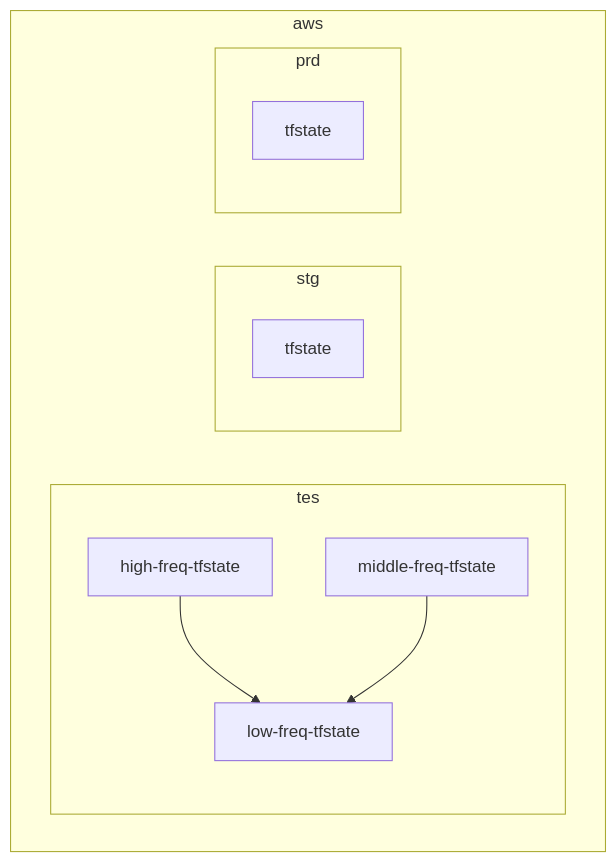
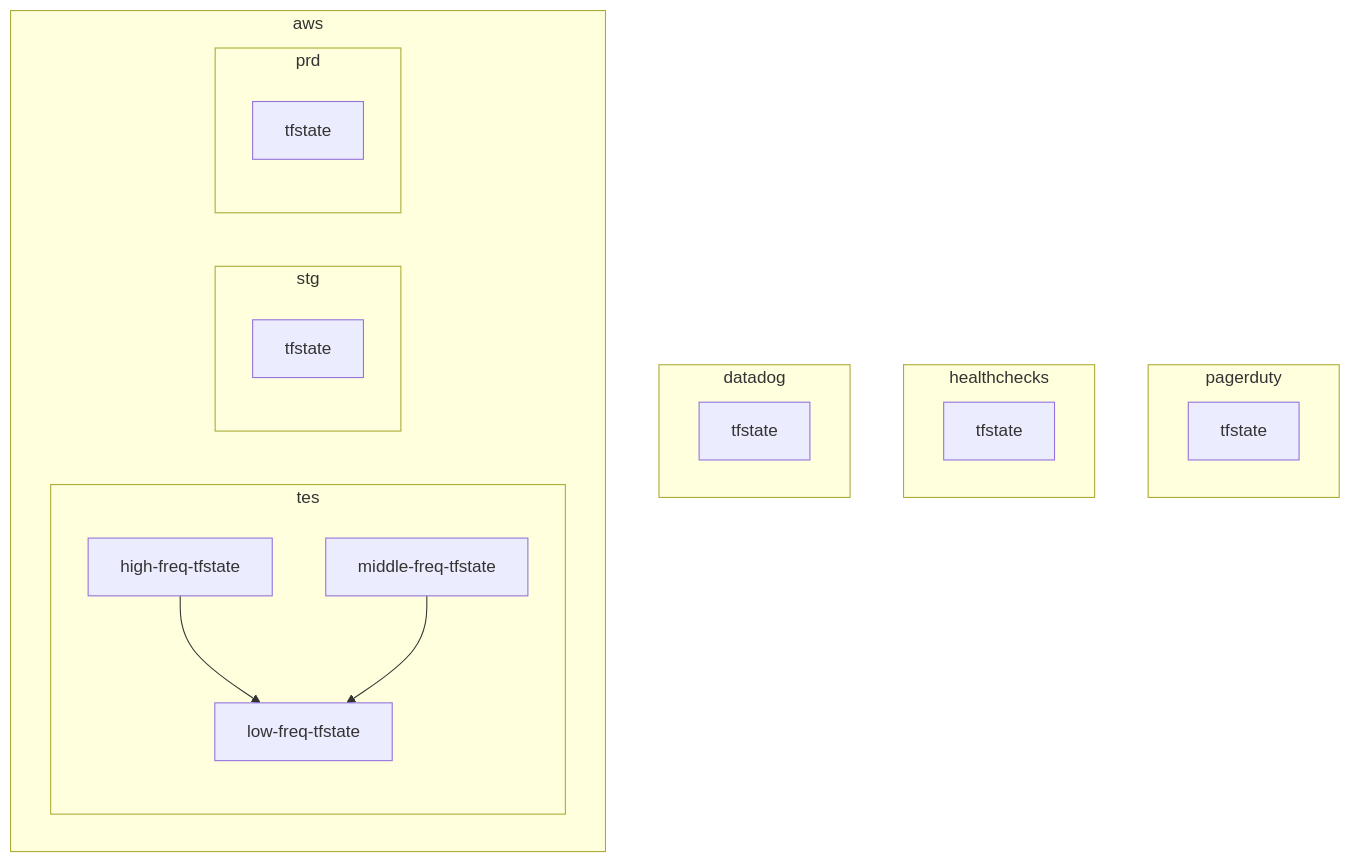
One commit to hiroki-it/tech-notebook changed the sixth of 7 diagrams in docs/infrastructure_as_code/infrastructure_as_code_terraform_policy_tfstate.md. Above: the diagram before and after it, drawn with Mermaid. The commit also changed other lines of this file and 2 other files, not shown here.

````diff
--- a/docs/infrastructure_as_code/infrastructure_as_code_terraform_policy_tfstate.md
+++ b/docs/infrastructure_as_code/infrastructure_as_code_terraform_policy_tfstate.md
@@ -441,16 +818,25 @@
 ```mermaid
 graph TB
+    subgraph pagerduty
+    Pagerduty[tfstate]
+    end
+    subgraph healthchecks
+    Healthchecks[tfstate]
+    end
+    subgraph datadog
+    Datadog[tfstate]
+    end
     subgraph aws
     subgraph tes
     A[high-freq-tfstate]-->C
     B[middle-freq-tfstate]-->C
     C[low-freq-tfstate]
     end
     subgraph stg
     D[tfstate]
     end
     subgraph prd
     e[tfstate]
     end
     end
 ```
````
